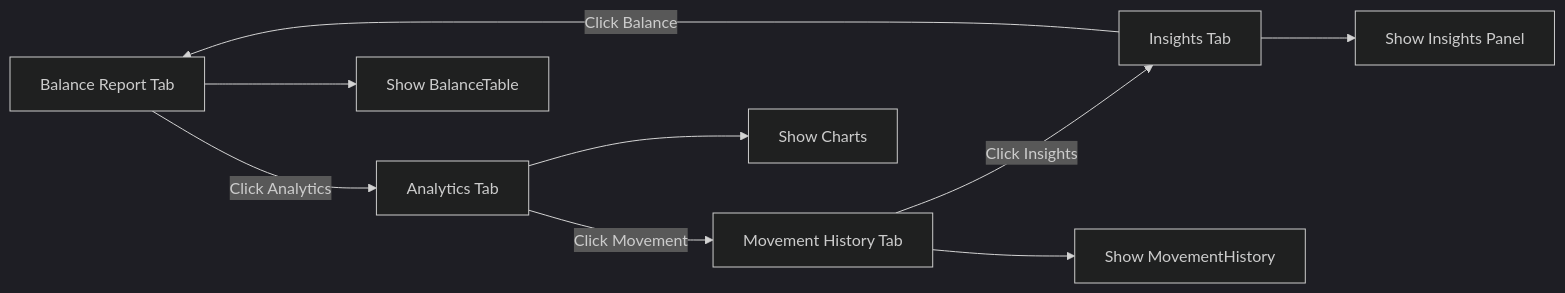
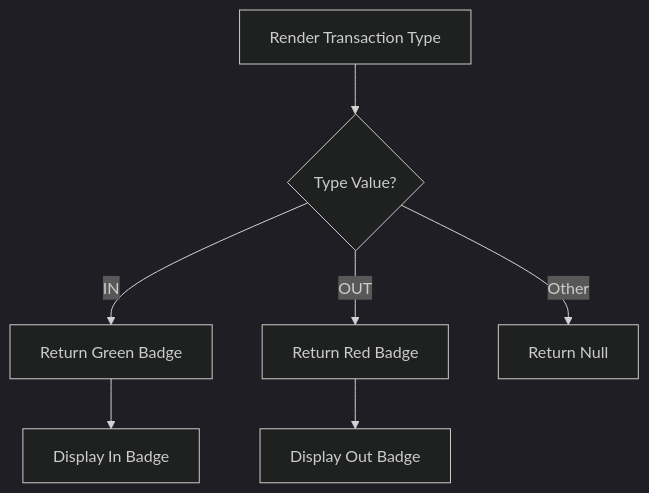
Before and after one commit to PeakMNA/carmen: the ninth of 16 diagrams in docs/app/inventory-management/stock-overview/inventory-balance/FD-inventory-balance.md, drawn with Mermaid (dark theme). The commit also changed other lines of this file and 473 other files, not shown here.

````diff
--- a/docs/app/inventory-management/stock-overview/inventory-balance/FD-inventory-balance.md
+++ b/docs/app/inventory-management/stock-overview/inventory-balance/FD-inventory-balance.md
@@ -139,12 +176,9 @@
 ```mermaid
-flowchart LR
-    A[Balance Report Tab] -->|Click Analytics| B[Analytics Tab]
-    B -->|Click Movement| C[Movement History Tab]
-    C -->|Click Insights| D[Insights Tab]
-    D -->|Click Balance| A
-
-    A --> E[Show BalanceTable]
-    B --> F[Show Charts]
-    C --> G[Show MovementHistory]
-    D --> H[Show Insights Panel]
+flowchart TD
+    A[Render Transaction Type] --> B{Type Value?}
+    B -->|IN| C[Return Green Badge]
+    B -->|OUT| D[Return Red Badge]
+    B -->|Other| E[Return Null]
+    C --> F[Display In Badge]
+    D --> G[Display Out Badge]
 ```
````
